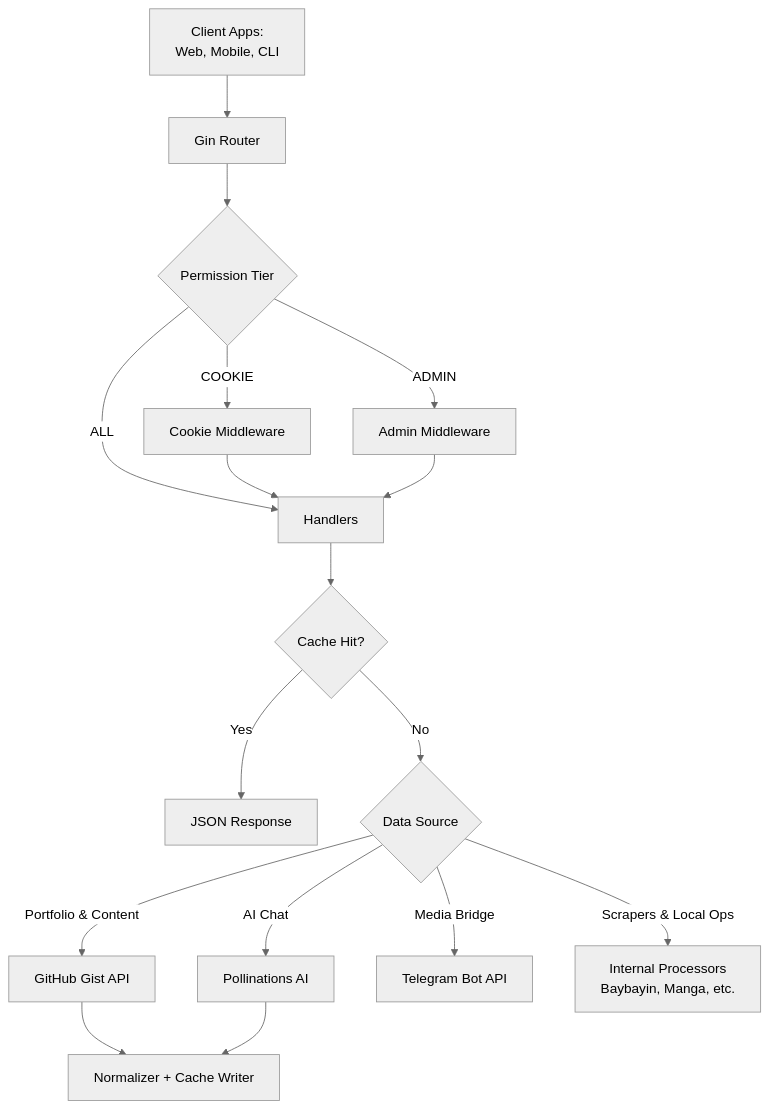
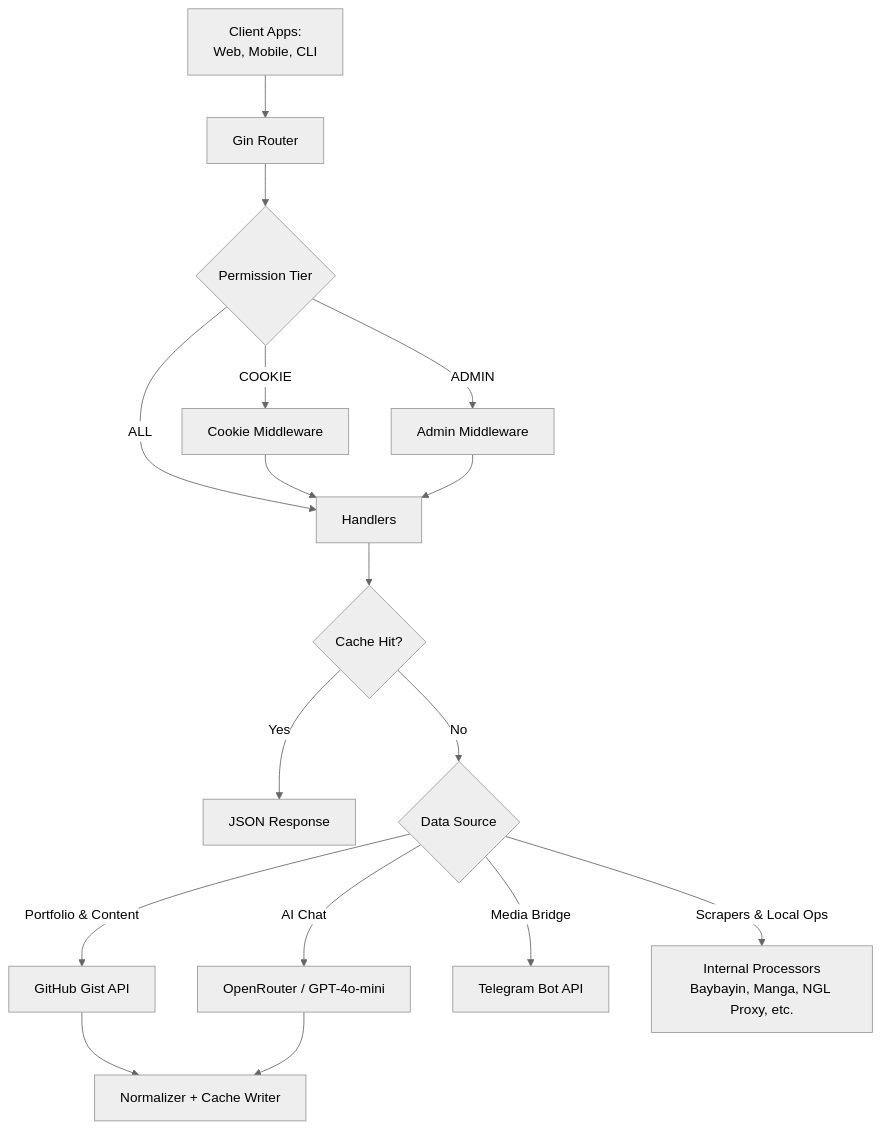
The first of 3 diagrams in README.md (RyannKim327/portfolio-backend), drawn with Mermaid (neutral theme) before and after one commit. The commit also changed other lines of this file, not shown here.

````diff
--- a/README.md
+++ b/README.md
@@ -266,19 +287,19 @@
 ```mermaid
 flowchart TD
     A[Client Apps:<br /> Web, Mobile, CLI] --> B[Gin Router]
     B --> C{Permission Tier}
     C -->|ALL| D[Handlers]
     C -->|COOKIE| E[Cookie Middleware]
     C -->|ADMIN| F[Admin Middleware]
     E --> D
     F --> D
     D --> G{Cache Hit?}
     G -->|Yes| Q[JSON Response]
     G -->|No| H{Data Source}
     H -->|Portfolio & Content| I[GitHub Gist API]
-    H -->|AI Chat| J[Pollinations AI]
+    H -->|AI Chat| J[OpenRouter / GPT-4o-mini]
     H -->|Media Bridge| K[Telegram Bot API]
-    H -->|Scrapers & Local Ops| L[Internal Processors<br/>Baybayin, Manga, etc.]
+    H -->|Scrapers & Local Ops| L[Internal Processors<br/>Baybayin, Manga, NGL Proxy, etc.]
     I --> M[Normalizer + Cache Writer]
     J --> M
 ```
````
